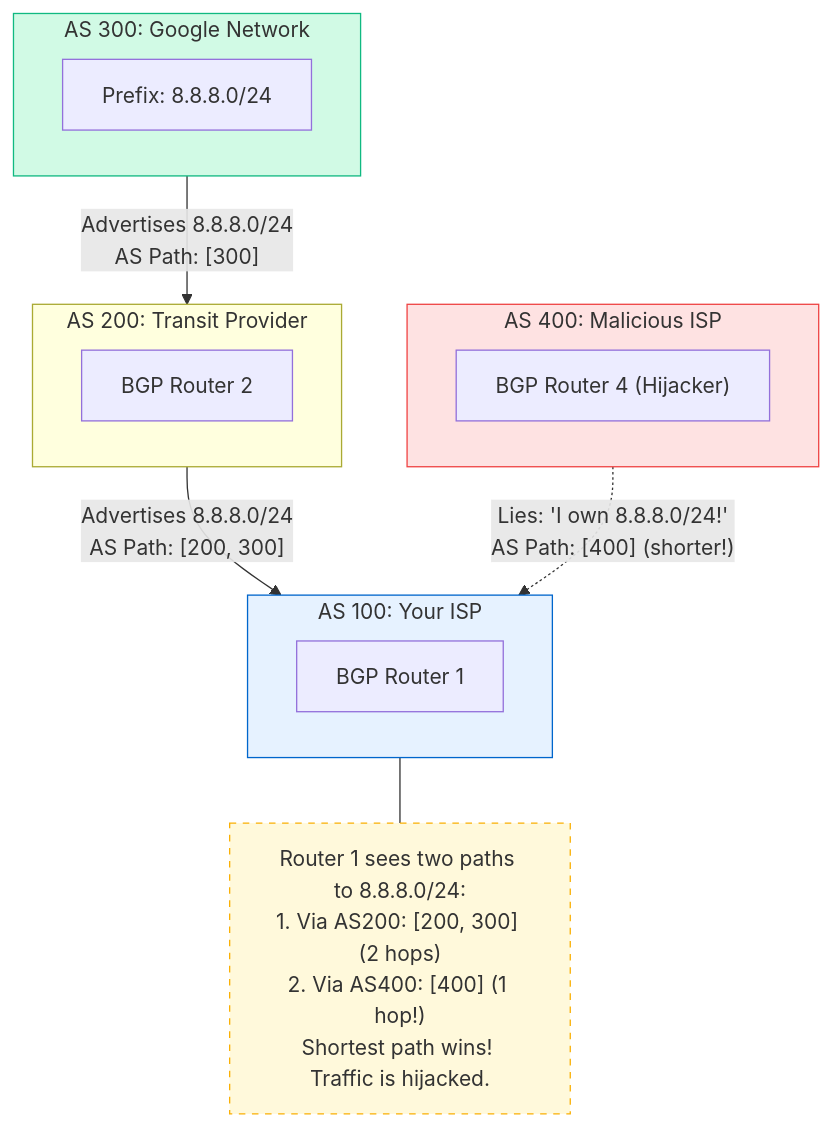
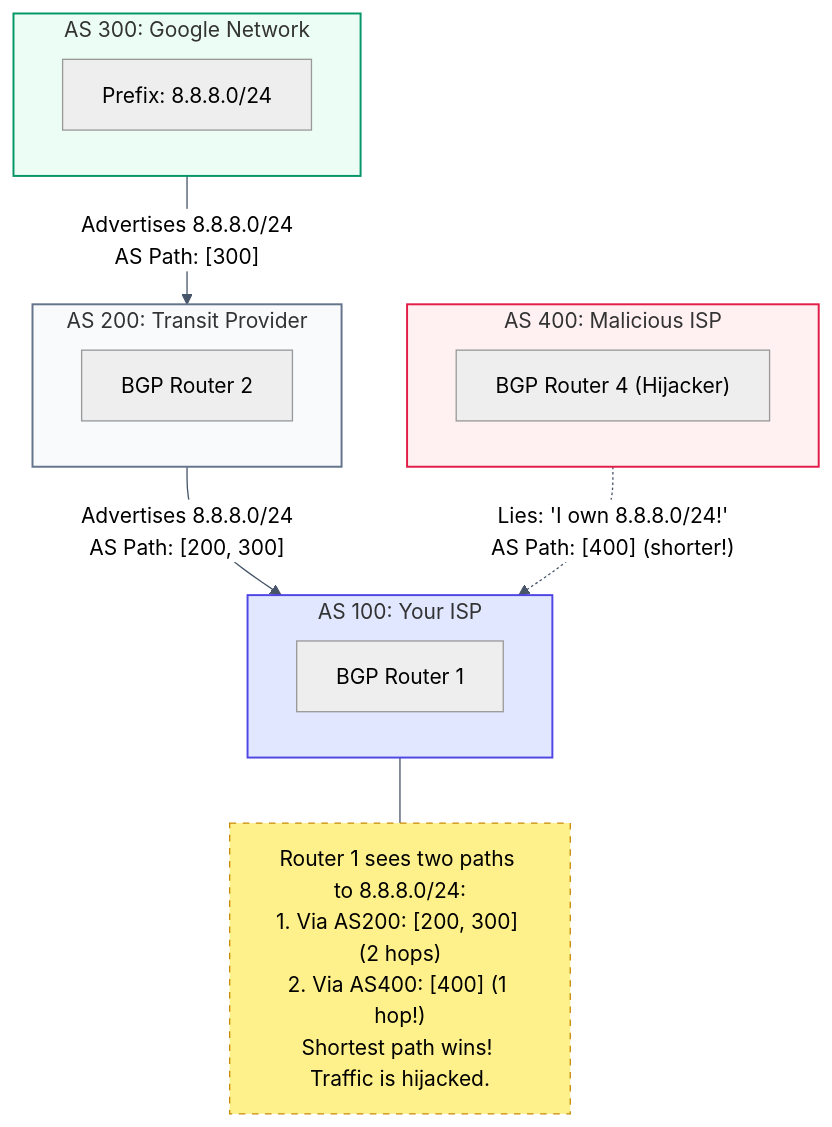
Before and after one commit to codermannn/networking_crash_course_for_kubernetes: the diagram in act-3--escaping-the-building/08-the-gossip/diagrams/flow.md, drawn with Mermaid. The commit also changed 13 other files, not shown here.

Commit message:
style: apply premium Slate/Indigo/Amber color theme and correct quoting across all diagrams

````diff
--- a/act-3--escaping-the-building/08-the-gossip/diagrams/flow.md
+++ b/act-3--escaping-the-building/08-the-gossip/diagrams/flow.md
@@ -5,31 +5,33 @@
 ```mermaid
+%%{init: { 'theme': 'neutral', 'themeVariables': { 'primaryColor': '#F8FAFC', 'primaryBorderColor': '#64748B', 'lineColor': '#475569' }}}%%
 flowchart TD
-    subgraph AS300 [AS 300: Google Network]
+    subgraph AS300 ["AS 300: Google Network"]
         Prefix["Prefix: 8.8.8.0/24"]
     end
 
-    subgraph AS200 [AS 200: Transit Provider]
+    subgraph AS200 ["AS 200: Transit Provider"]
         R2["BGP Router 2"]
     end
 
-    subgraph AS100 [AS 100: Your ISP]
+    subgraph AS100 ["AS 100: Your ISP"]
         R1["BGP Router 1"]
     end
 
-    subgraph AS400 [AS 400: Malicious ISP]
+    subgraph AS400 ["AS 400: Malicious ISP"]
         R4["BGP Router 4 (Hijacker)"]
     end
 
-    AS300 -->|"Advertises 8.8.8.0/24\nAS Path: [300]"| AS200
-    AS200 -->|"Advertises 8.8.8.0/24\nAS Path: [200, 300]"| AS100
+    AS300 -->|"Advertises 8.8.8.0/24<br/>AS Path: [300]"| AS200
+    AS200 -->|"Advertises 8.8.8.0/24<br/>AS Path: [200, 300]"| AS100
     
-    AS400 -.->|"Lies: 'I own 8.8.8.0/24!'\nAS Path: [400] (shorter!)"| AS100
+    AS400 -.->|"Lies: 'I own 8.8.8.0/24!'<br/>AS Path: [400] (shorter!)"| AS100
 
     Note["Router 1 sees two paths to 8.8.8.0/24:<br/>1. Via AS200: [200, 300] (2 hops)<br/>2. Via AS400: [400] (1 hop!)<br/>Shortest path wins! Traffic is hijacked."]
     AS100 --- Note
 
-    style AS300 fill:#d1fae5,stroke:#10b981
-    style AS400 fill:#fee2e2,stroke:#ef4444
-    style AS100 fill:#e6f2ff,stroke:#0066cc
-    style Note fill:#fff9db,stroke:#fab005,stroke-width:1px,stroke-dasharray: 5 5
+    style AS300 fill:#ECFDF5,stroke:#059669,stroke-width:1.5px
+    style AS200 fill:#F8FAFC,stroke:#64748B,stroke-width:1.5px
+    style AS100 fill:#E0E7FF,stroke:#4F46E5,stroke-width:1.5px
+    style AS400 fill:#FFF1F2,stroke:#E11D48,stroke-width:1.5px
+    style Note fill:#FEF08A,stroke:#CA8A04,stroke-width:1px,stroke-dasharray: 5 5
 ```
````
